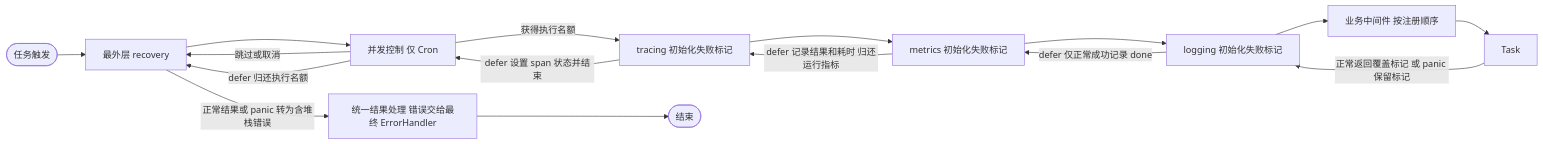
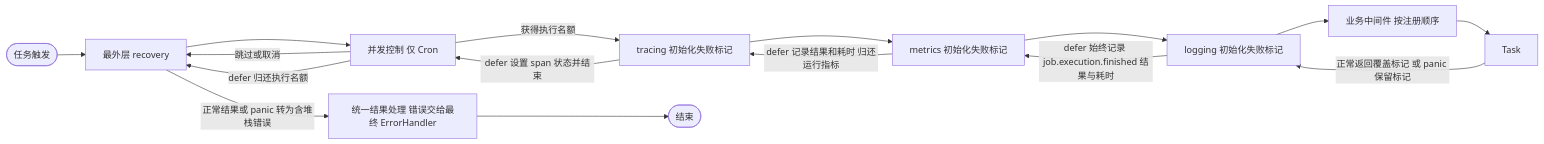
Before and after one commit to jaggerzhuang1994/kratos-foundation: the sixth of 6 diagrams in pkg/job/README.md, drawn with Mermaid. The commit also changed other lines of this file and 122 other files, not shown here.

````diff
--- a/pkg/job/README.md
+++ b/pkg/job/README.md
@@ -198,18 +208,18 @@
 ```mermaid
 flowchart LR
  A([任务触发]) --> R[最外层 recovery]
  R --> G[并发控制 仅 Cron]
  G -- 跳过或取消 --> R
  G -- 获得执行名额 --> T[tracing 初始化失败标记]
  T --> M[metrics 初始化失败标记]
  M --> L[logging 初始化失败标记]
  L --> B[业务中间件 按注册顺序]
  B --> J[Task]
  J -- 正常返回覆盖标记 或 panic 保留标记 --> L
- L -- defer 仅正常成功记录 done --> M
+ L -- defer 始终记录 job.execution.finished 结果与耗时 --> M
  M -- defer 记录结果和耗时 归还运行指标 --> T
  T -- defer 设置 span 状态并结束 --> G
  G -- defer 归还执行名额 --> R
  R -- 正常结果或 panic 转为含堆栈错误 --> E[统一结果处理 错误交给最终 ErrorHandler]
  E --> Z([结束])
 ```
````
